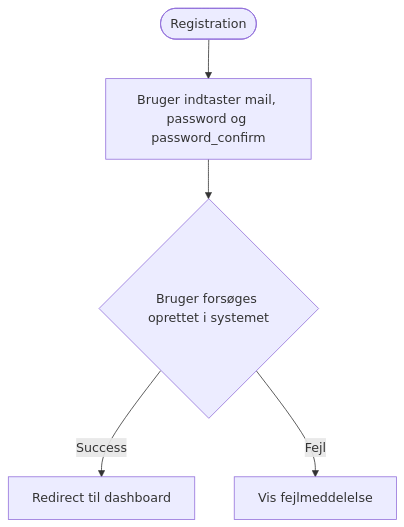
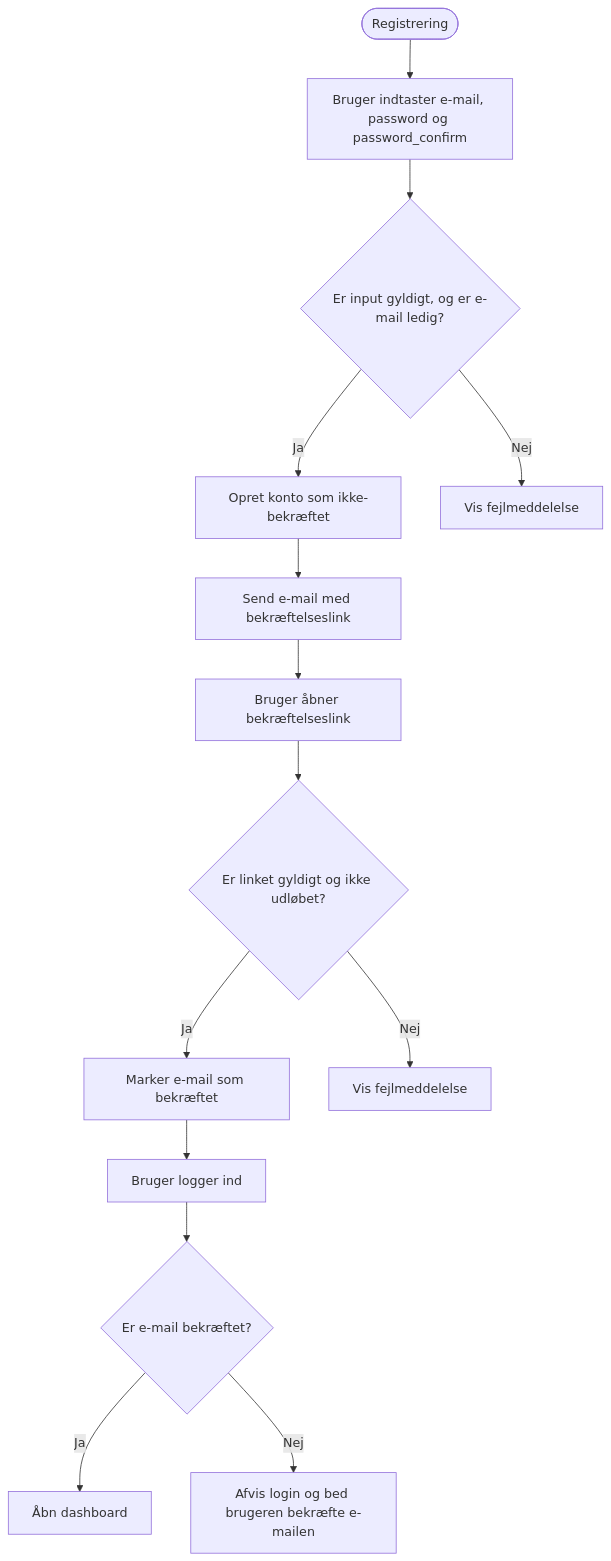
Before and after one commit to Fileodon/Diagram: the diagram in Registration.md, drawn with Mermaid.

Commit message:
Brug registreringsflow med email

````diff
--- a/Registration.md
+++ b/Registration.md
@@ -1,7 +1,21 @@
 ```mermaid
 flowchart TD
-    A([Registration]) --> B[Bruger indtaster mail, password og password_confirm]
-    B --> D{Bruger forsøges oprettet i systemet}
-    D -->|Success| F[Redirect til dashboard]
-    D -->|Fejl| E[Vis fejlmeddelelse]
+    A([Registrering]) --> B[Bruger indtaster e-mail, password og password_confirm]
+    B --> C{Er input gyldigt, og er e-mail ledig?}
+
+    C -->|Ja| D[Opret konto som ikke-bekræftet]
+    C -->|Nej| E[Vis fejlmeddelelse]
+
+    D --> F[Send e-mail med bekræftelseslink]
+    F --> G[Bruger åbner bekræftelseslink]
+    G --> H{Er linket gyldigt og ikke udløbet?}
+
+    H -->|Ja| I[Marker e-mail som bekræftet]
+    H -->|Nej| J[Vis fejlmeddelelse]
+
+    I --> K[Bruger logger ind]
+    K --> L{Er e-mail bekræftet?}
+
+    L -->|Ja| M[Åbn dashboard]
+    L -->|Nej| N[Afvis login og bed brugeren bekræfte e-mailen]
 ```
````
